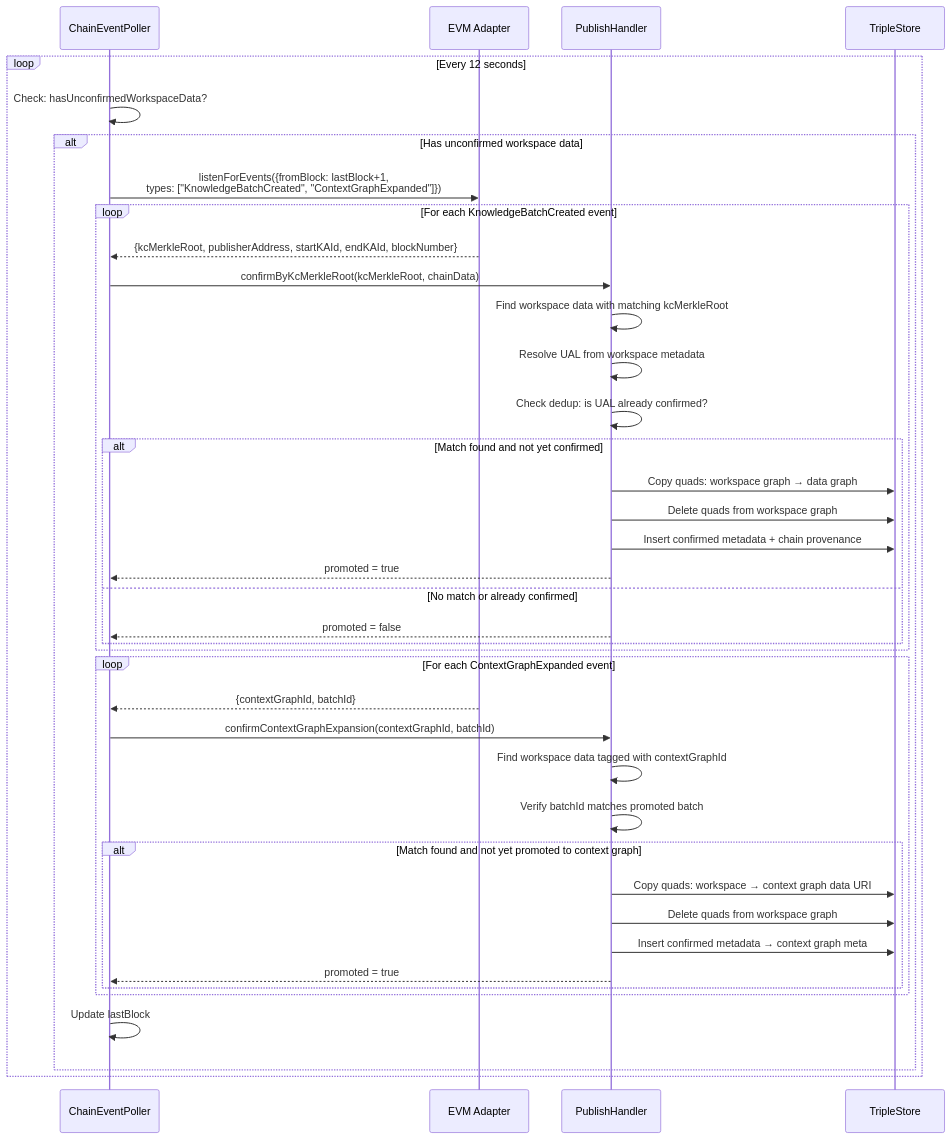
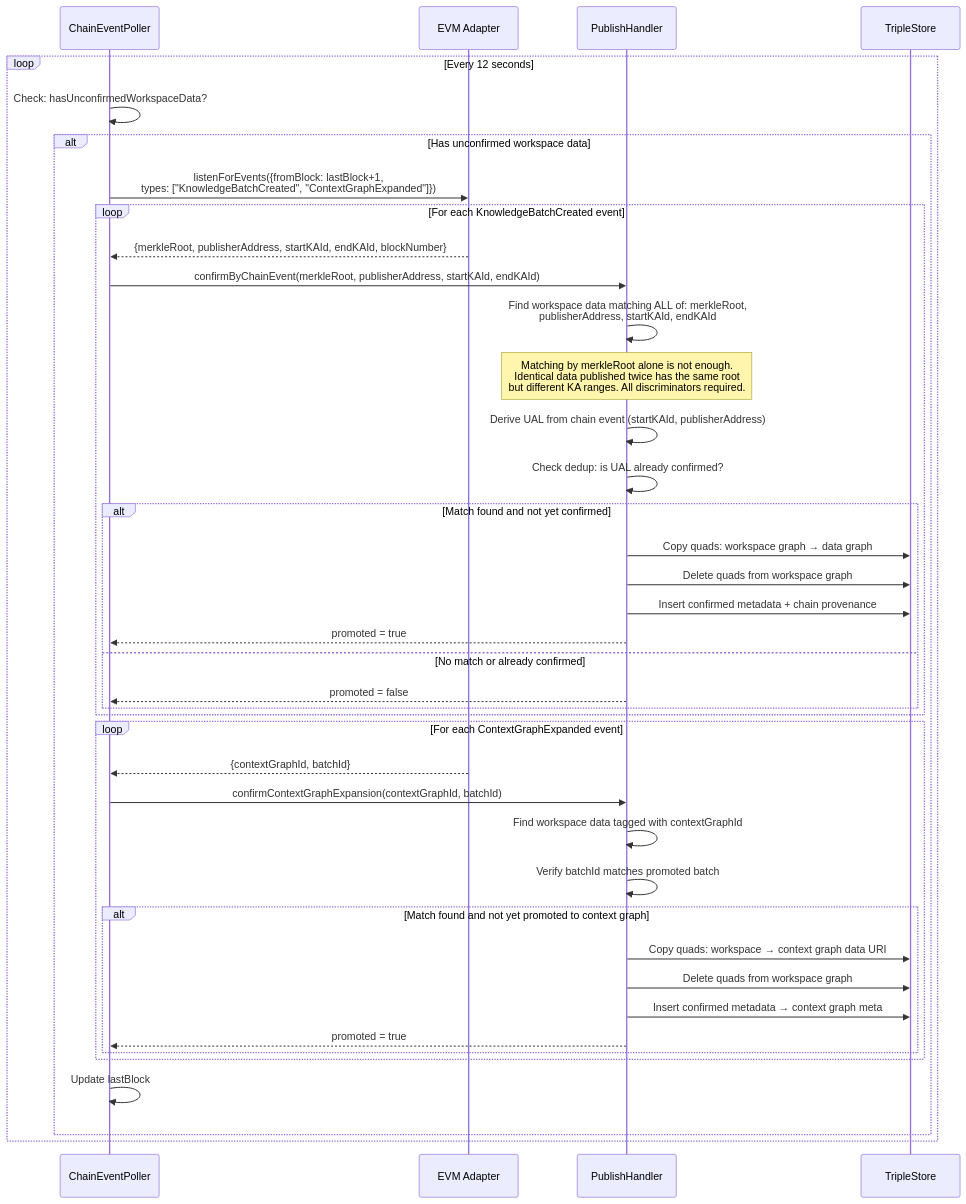
Before and after one commit to OriginTrail/dkg-v9: the sixth of 15 diagrams in docs/v9-protocol-operations.md, drawn with Mermaid. The commit also changed other lines of this file, not shown here.

````diff
--- a/docs/v9-protocol-operations.md
+++ b/docs/v9-protocol-operations.md
@@ -659,45 +659,46 @@
 ```mermaid
 sequenceDiagram
     participant Poller as ChainEventPoller
     participant Chain as EVM Adapter
     participant PH as PublishHandler
     participant Store as TripleStore
 
     loop Every 12 seconds
         Poller->>Poller: Check: hasUnconfirmedWorkspaceData?
         alt Has unconfirmed workspace data
             Poller->>Chain: listenForEvents({fromBlock: lastBlock+1,<br/>types: ["KnowledgeBatchCreated", "ContextGraphExpanded"]})
 
             loop For each KnowledgeBatchCreated event
-                Chain-->>Poller: {kcMerkleRoot, publisherAddress, startKAId, endKAId, blockNumber}
-                Poller->>PH: confirmByKcMerkleRoot(kcMerkleRoot, chainData)
-                PH->>PH: Find workspace data with matching kcMerkleRoot
-                PH->>PH: Resolve UAL from workspace metadata
+                Chain-->>Poller: {merkleRoot, publisherAddress, startKAId, endKAId, blockNumber}
+                Poller->>PH: confirmByChainEvent(merkleRoot, publisherAddress, startKAId, endKAId)
+                PH->>PH: Find workspace data matching ALL of: merkleRoot,<br/>publisherAddress, startKAId, endKAId
+                Note over PH: Matching by merkleRoot alone is not enough.<br/>Identical data published twice has the same root<br/>but different KA ranges. All discriminators required.
+                PH->>PH: Derive UAL from chain event (startKAId, publisherAddress)
                 PH->>PH: Check dedup: is UAL already confirmed?
                 alt Match found and not yet confirmed
                     PH->>Store: Copy quads: workspace graph → data graph
                     PH->>Store: Delete quads from workspace graph
                     PH->>Store: Insert confirmed metadata + chain provenance
                     PH-->>Poller: promoted = true
                 else No match or already confirmed
                     PH-->>Poller: promoted = false
                 end
             end
 
             loop For each ContextGraphExpanded event
                 Chain-->>Poller: {contextGraphId, batchId}
                 Poller->>PH: confirmContextGraphExpansion(contextGraphId, batchId)
                 PH->>PH: Find workspace data tagged with contextGraphId
                 PH->>PH: Verify batchId matches promoted batch
                 alt Match found and not yet promoted to context graph
                     PH->>Store: Copy quads: workspace → context graph data URI
                     PH->>Store: Delete quads from workspace graph
                     PH->>Store: Insert confirmed metadata → context graph meta
                     PH-->>Poller: promoted = true
                 end
             end
 
             Poller->>Poller: Update lastBlock
         end
     end
 ```
````
